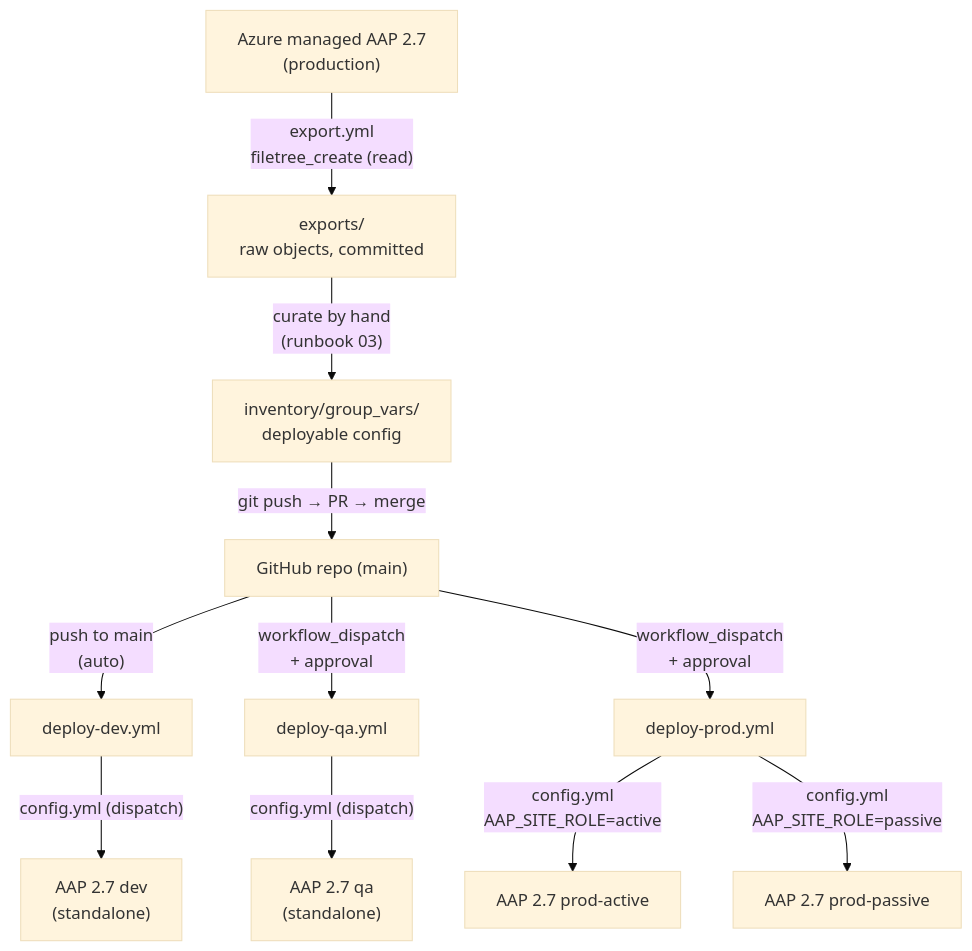
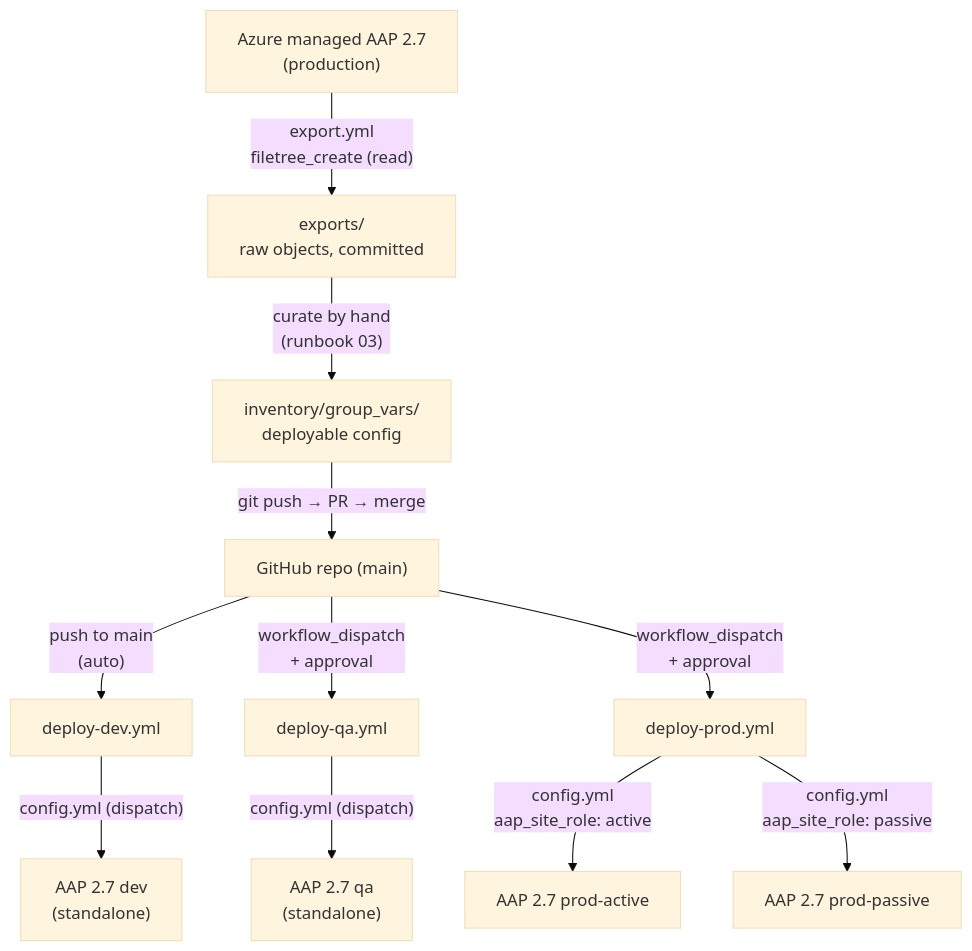
Before and after one commit to ericcames/aap_config: the diagram in docs/ARCHITECTURE.md, drawn with Mermaid (base theme). The commit also changed other lines of this file and 42 other files, not shown here.

````diff
--- a/docs/ARCHITECTURE.md
+++ b/docs/ARCHITECTURE.md
@@ -5,13 +5,13 @@
 ```mermaid
 flowchart TD
     A["Azure managed AAP 2.7<br/>(production)"] -->|"export.yml<br/>filetree_create (read)"| B["exports/<br/>raw objects, committed"]
     B -->|"curate by hand<br/>(runbook 03)"| C["inventory/group_vars/<br/>deployable config"]
     C -->|"git push → PR → merge"| D["GitHub repo (main)"]
     D -->|"push to main<br/>(auto)"| E["deploy-dev.yml"]
     D -->|"workflow_dispatch<br/>+ approval"| F["deploy-qa.yml"]
     D -->|"workflow_dispatch<br/>+ approval"| G["deploy-prod.yml"]
     E -->|"config.yml (dispatch)"| H["AAP 2.7 dev<br/>(standalone)"]
     F -->|"config.yml (dispatch)"| I["AAP 2.7 qa<br/>(standalone)"]
-    G -->|"config.yml<br/>AAP_SITE_ROLE=active"| J["AAP 2.7 prod-active"]
-    G -->|"config.yml<br/>AAP_SITE_ROLE=passive"| K["AAP 2.7 prod-passive"]
+    G -->|"config.yml<br/>aap_site_role: active"| J["AAP 2.7 prod-active"]
+    G -->|"config.yml<br/>aap_site_role: passive"| K["AAP 2.7 prod-passive"]
 ```
````
